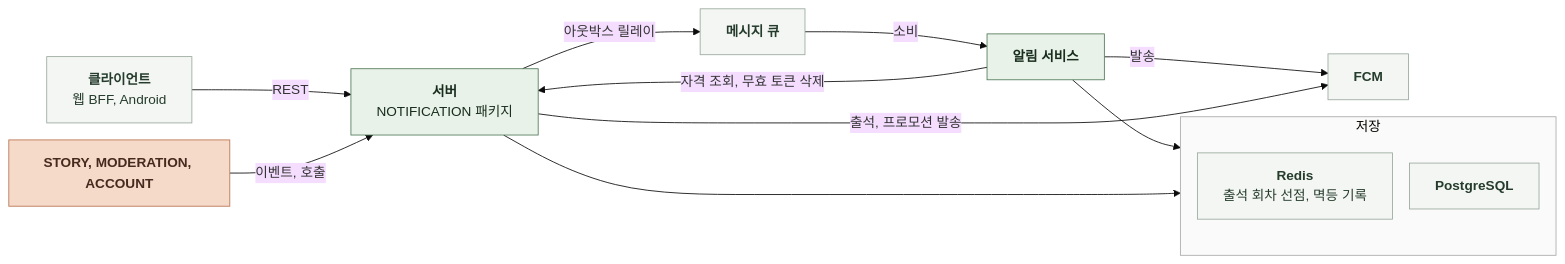
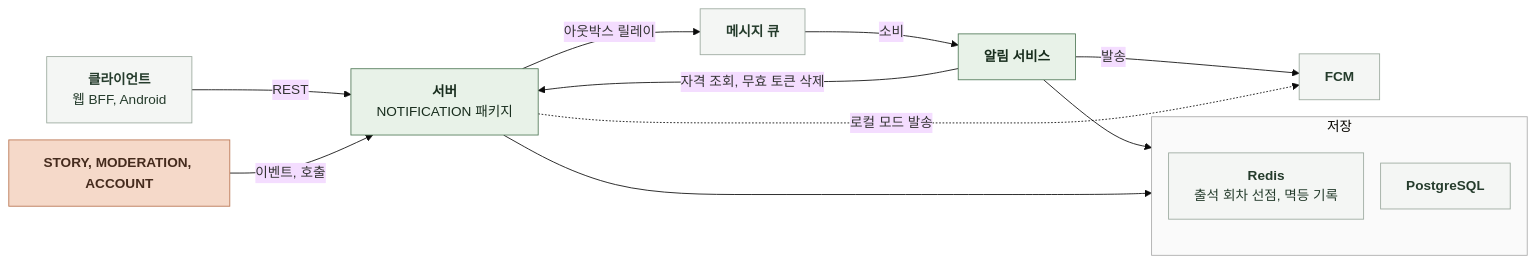
The diagram in docs/domain/NOTIFICATION/BACKEND/3-1-SOFTWARE-ARCHITECTURE.md (KIM-N-KANG/knk-harness), drawn with Mermaid (base theme) before and after one commit. The commit also changed other lines of this file and 11 other files, not shown here.

````diff
--- a/docs/domain/NOTIFICATION/BACKEND/3-1-SOFTWARE-ARCHITECTURE.md
+++ b/docs/domain/NOTIFICATION/BACKEND/3-1-SOFTWARE-ARCHITECTURE.md
@@ -21,28 +21,28 @@
 ```mermaid
 %%{init: {"flowchart": {"curve": "basis", "nodeSpacing": 20, "rankSpacing": 60}}}%%
 flowchart LR
     C["`**클라이언트**
 웹 BFF, Android`"] -->|REST| S["`**서버**
 NOTIFICATION 패키지`"]
     O["`**STORY, MODERATION, ACCOUNT**`"] -->|이벤트, 호출| S
     S -->|아웃박스 릴레이| Q["`**메시지 큐**`"]
     Q -->|소비| N["`**알림 서비스**`"]
     N -->|자격 조회, 무효 토큰 삭제| S
     N -->|발송| F["`**FCM**`"]
-    S -->|출석, 프로모션 발송| F
+    S -.->|로컬 모드 발송| F
     S --> ST
     N --> R
     subgraph ST["저장"]
         direction TB
         DB["`**PostgreSQL**`"]
         R["`**Redis**
 출석 회차 선점, 멱등 기록`"]
     end
     classDef ext fill:#F4F6F4,stroke:#9BA99E,color:#253C2C
     classDef comp fill:#E8F2E8,stroke:#527A59,color:#182D1D
     classDef task fill:#F5D9C9,stroke:#B97450,color:#452B1D
     class C,Q,F,DB,R ext
     class S,N comp
     class O task
     style ST fill:#FAFAFA,stroke:#AAAAAA
 ```
````
